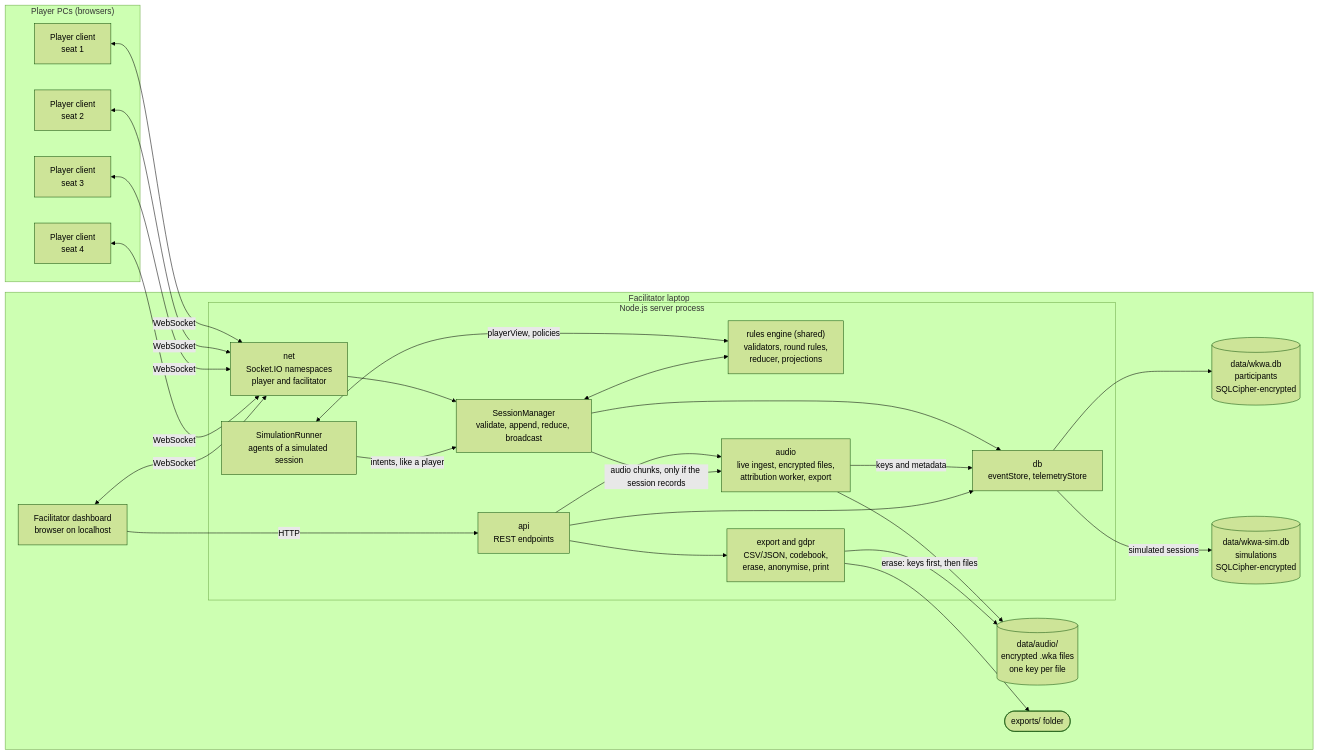
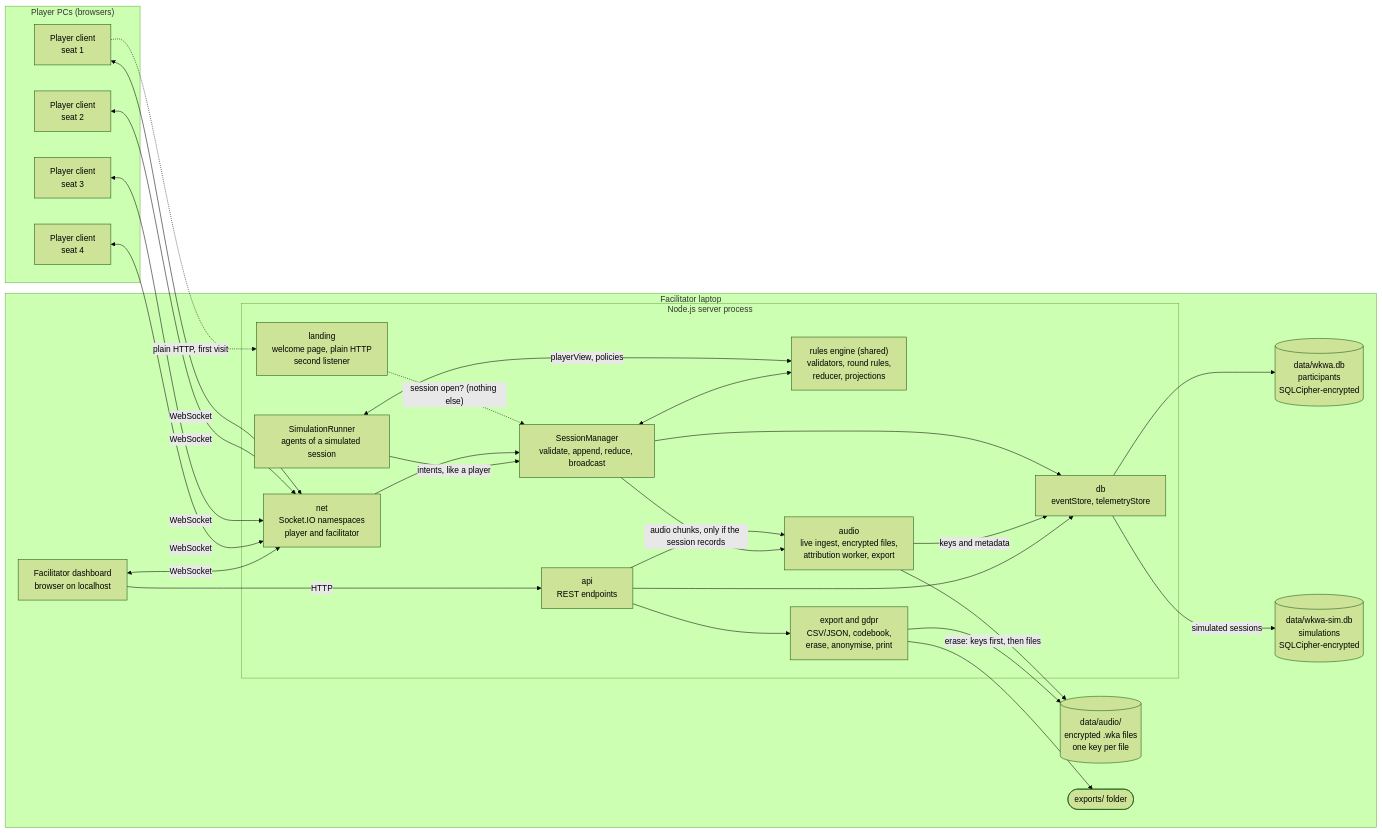
The first of 9 diagrams in docs/ARCHITECTURE.md (xy-zak/WhoKnowsWhoActs), drawn with Mermaid (forest theme) before and after one commit. The commit also changed other lines of this file and 21 other files, not shown here.

First line of the commit message:
Docs: session startup flow (welcome page, eleven setup steps, consent sections, mic check hold until the briefing, calibration readiness); change logs

````diff
--- a/docs/ARCHITECTURE.md
+++ b/docs/ARCHITECTURE.md
@@ -91,47 +93,50 @@
 ```mermaid
 flowchart LR
   subgraph Players["Player PCs (browsers)"]
     P1["Player client<br/>seat 1"]
     P2["Player client<br/>seat 2"]
     P3["Player client<br/>seat 3"]
     P4["Player client<br/>seat 4"]
   end
   subgraph Laptop["Facilitator laptop"]
     F["Facilitator dashboard<br/>browser on localhost"]
     subgraph Server["Node.js server process"]
       NET["net<br/>Socket.IO namespaces<br/>player and facilitator"]
       API["api<br/>REST endpoints"]
       SM["SessionManager<br/>validate, append, reduce, broadcast"]
       SIM["SimulationRunner<br/>agents of a simulated session"]
       RULES["rules engine (shared)<br/>validators, round rules,<br/>reducer, projections"]
       STORE["db<br/>eventStore, telemetryStore"]
       GDPR["export and gdpr<br/>CSV/JSON, codebook,<br/>erase, anonymise, print"]
       AUD["audio<br/>live ingest, encrypted files,<br/>attribution worker, export"]
+      LAND["landing<br/>welcome page, plain HTTP<br/>second listener"]
     end
     DB[("data/wkwa.db<br/>participants<br/>SQLCipher-encrypted")]
     SDB[("data/wkwa-sim.db<br/>simulations<br/>SQLCipher-encrypted")]
     AFILES[("data/audio/<br/>encrypted .wka files<br/>one key per file")]
     EXP(["exports/ folder"])
   end
   P1 <-->|WebSocket| NET
   P2 <-->|WebSocket| NET
   P3 <-->|WebSocket| NET
   P4 <-->|WebSocket| NET
   F <-->|WebSocket| NET
   F -->|HTTP| API
+  P1 -.->|"plain HTTP, first visit"| LAND
+  LAND -.->|"session open? (nothing else)"| SM
   NET --> SM
   SIM -->|"intents, like a player"| SM
   SIM <-->|"playerView, policies"| RULES
   SM <--> RULES
   SM --> STORE
   API --> GDPR
   API --> AUD
   SM -->|"audio chunks, only if the session records"| AUD
   AUD --> AFILES
   AUD -->|"keys and metadata"| STORE
   GDPR -->|"erase: keys first, then files"| AFILES
   API --> STORE
   STORE --> DB
   STORE -->|"simulated sessions"| SDB
   GDPR --> EXP
 ```
````
